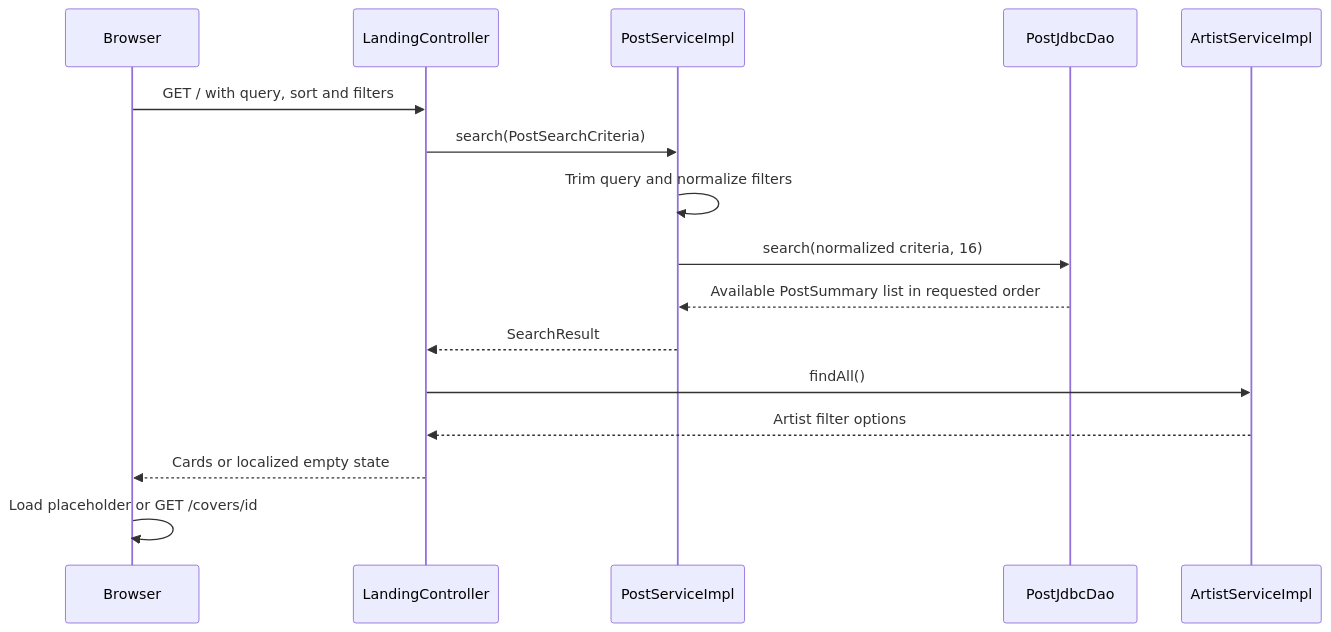
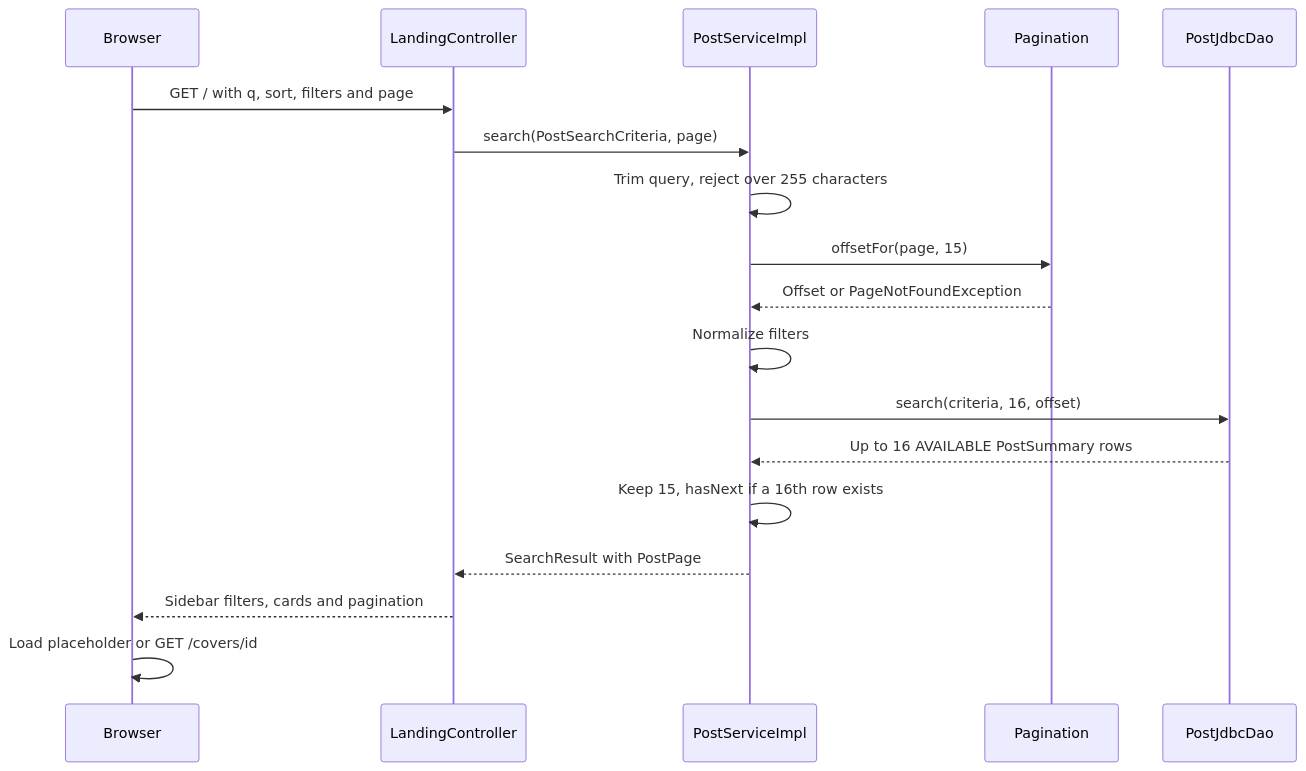
The diagram in Landing flow.md (BautistaPessagno/PAW_Vault), drawn with Mermaid before and after one commit. The commit also changed other lines of this file and 160 other files, not shown here.

````diff
--- a/Landing flow.md
+++ b/Landing flow.md
@@ -21,18 +21,20 @@
 ```mermaid
 sequenceDiagram
     participant B as Browser
     participant C as LandingController
     participant S as PostServiceImpl
+    participant G as Pagination
     participant D as PostJdbcDao
-    participant A as ArtistServiceImpl
-    B->>C: GET / with query, sort and filters
-    C->>S: search(PostSearchCriteria)
-    S->>S: Trim query and normalize filters
-    S->>D: search(normalized criteria, 16)
-    D-->>S: Available PostSummary list in requested order
-    S-->>C: SearchResult
-    C->>A: findAll()
-    A-->>C: Artist filter options
-    C-->>B: Cards or localized empty state
+    B->>C: GET / with q, sort, filters and page
+    C->>S: search(PostSearchCriteria, page)
+    S->>S: Trim query, reject over 255 characters
+    S->>G: offsetFor(page, 15)
+    G-->>S: Offset or PageNotFoundException
+    S->>S: Normalize filters
+    S->>D: search(criteria, 16, offset)
+    D-->>S: Up to 16 AVAILABLE PostSummary rows
+    S->>S: Keep 15, hasNext if a 16th row exists
+    S-->>C: SearchResult with PostPage
+    C-->>B: Sidebar filters, cards and pagination
     B->>B: Load placeholder or GET /covers/id
 ```
````
